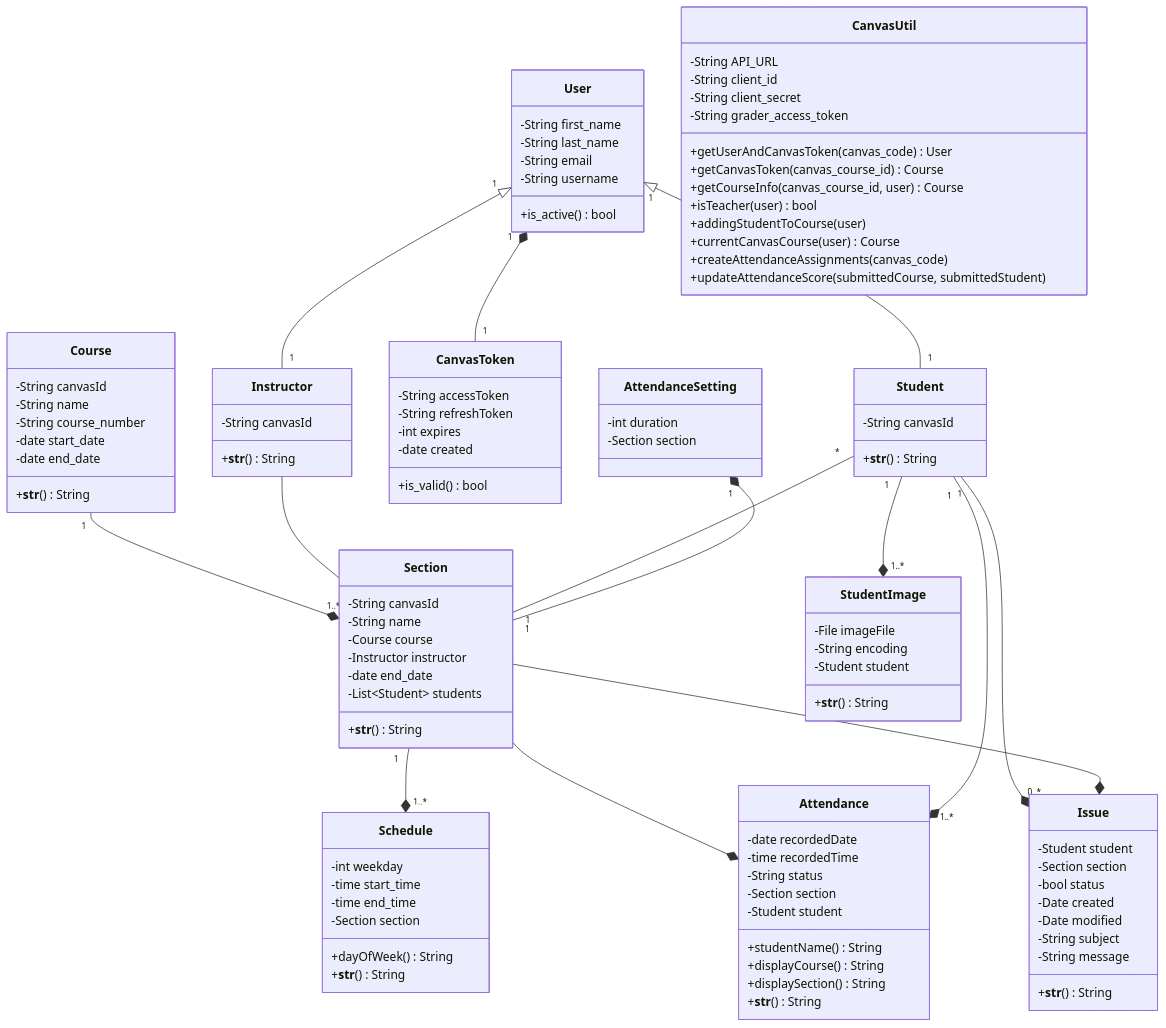
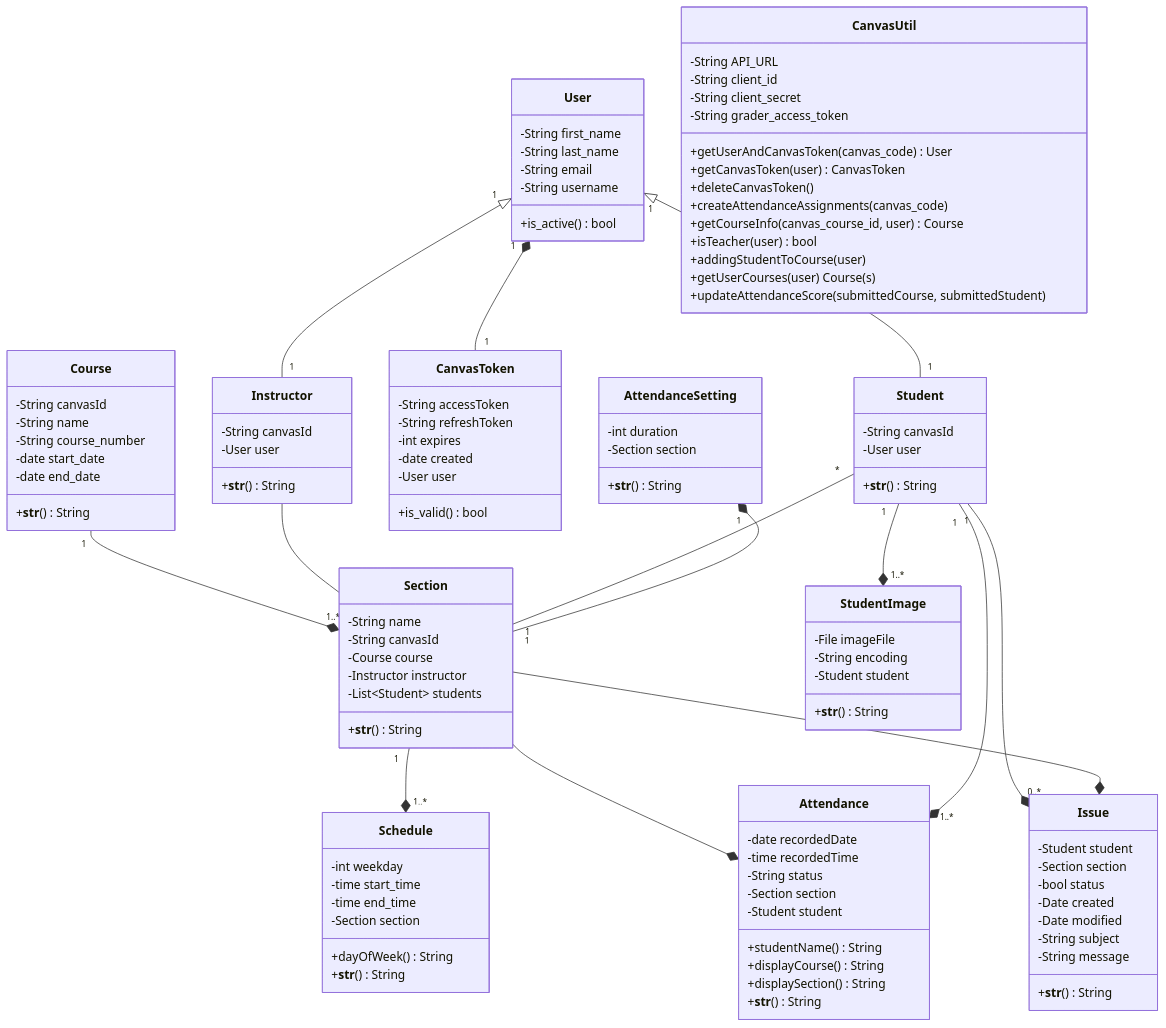
Before and after one commit to Capstone-Projects-2022-Fall/project-attendance-face-recognition: the diagram in documentation/docs/system-architecture/design.md, drawn with Mermaid.

Commit message:
Update class diagram in design.md to match the latest Django models

```diff
--- a/documentation/docs/system-architecture/design.md
+++ b/documentation/docs/system-architecture/design.md
@@ -31,12 +31,13 @@
         -String client_secret
         -String grader_access_token
         +getUserAndCanvasToken(canvas_code) User
-        +getCanvasToken(canvas_course_id) Course
+        +getCanvasToken(user) CanvasToken
+        +deleteCanvasToken()
+        +createAttendanceAssignments(canvas_code)
         +getCourseInfo(canvas_course_id, user) Course
         +isTeacher(user) bool
         +addingStudentToCourse(user)
-        +currentCanvasCourse(user) Course
-        +createAttendanceAssignments(canvas_code)
+        +getUserCourses(user) Course(s)
         +updateAttendanceScore(submittedCourse, submittedStudent)
     }
     class User{
@@ -48,10 +49,12 @@
     }
     class Student{
         -String canvasId
+        -User user
         +__str__() String
     }
     class Instructor{
         -String canvasId
+        -User user
         +__str__() String
     }
     class CanvasToken{
@@ -59,6 +62,7 @@
         -String refreshToken
         -int expires
         -date created
+        -User user
         +is_valid() bool
     }
     class Issue{
@@ -91,11 +95,10 @@
         +__str__() String
     }
     class Section{
+        -String name
         -String canvasId
-        -String name
         -Course course
         -Instructor instructor
-        -date end_date
         -List~Student~ students
         +__str__() String
     }
@@ -110,6 +113,7 @@
     class AttendanceSetting{
         -int duration
         -Section section
+        +__str__() String
     }
     class StudentImage{
         -File imageFile
```
